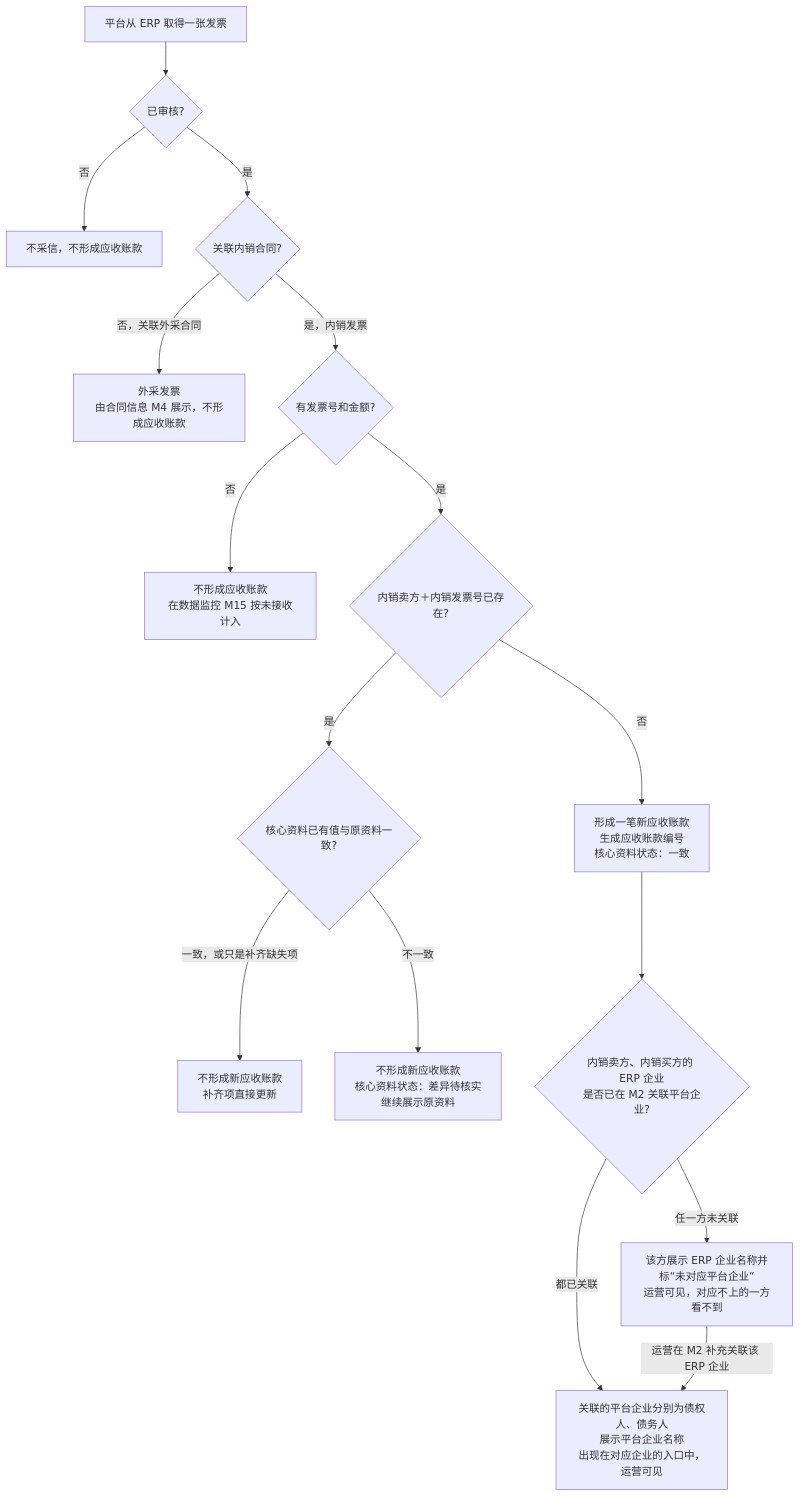
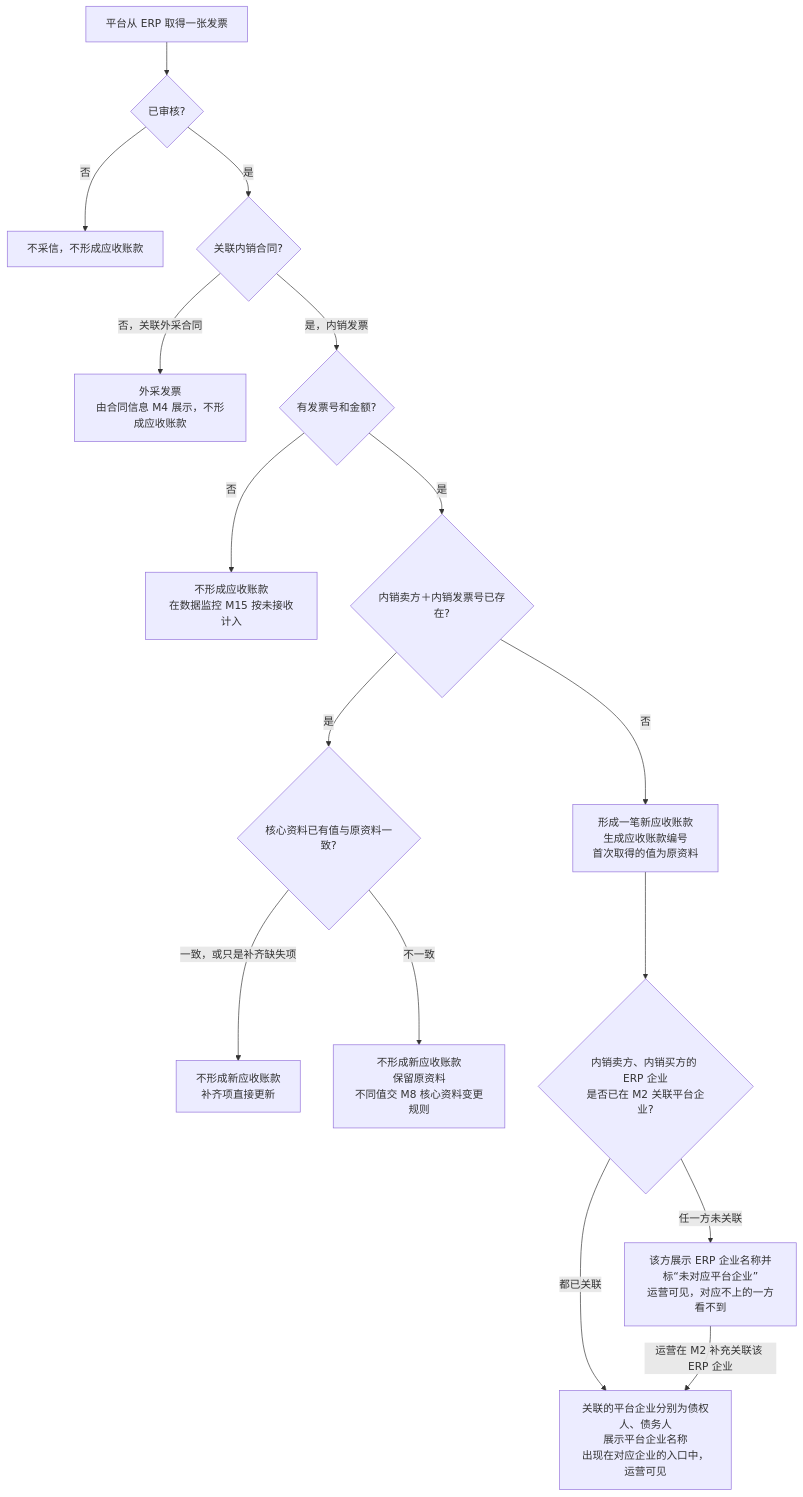
One commit to wxblockchain/Chain-Financing changed the first of 6 diagrams in asset-trust-platform/PRD/两端共用/M3-应收账款与发票/02-应收账款与发票-流程图与状态机.md. Above: the diagram before and after it, drawn with Mermaid. The commit also changed other lines of this file and 3 other files, not shown here.

````diff
--- a/asset-trust-platform/PRD/两端共用/M3-应收账款与发票/02-应收账款与发票-流程图与状态机.md
+++ b/asset-trust-platform/PRD/两端共用/M3-应收账款与发票/02-应收账款与发票-流程图与状态机.md
@@ -19,18 +19,18 @@
 ```mermaid
 flowchart TD
     A[平台从 ERP 取得一张发票] --> A1{已审核?}
     A1 -->|否| A2[不采信，不形成应收账款]
     A1 -->|是| B{关联内销合同?}
     B -->|否，关联外采合同| B1[外采发票<br/>由合同信息 M4 展示，不形成应收账款]
     B -->|是，内销发票| B2{有发票号和金额?}
     B2 -->|否| B3[不形成应收账款<br/>在数据监控 M15 按未接收计入]
     B2 -->|是| C{内销卖方＋内销发票号已存在?}
-    C -->|否| D[形成一笔新应收账款<br/>生成应收账款编号<br/>核心资料状态：一致]
+    C -->|否| D[形成一笔新应收账款<br/>生成应收账款编号<br/>首次取得的值为原资料]
     C -->|是| F{核心资料已有值与原资料一致?}
     F -->|一致，或只是补齐缺失项| G[不形成新应收账款<br/>补齐项直接更新]
-    F -->|不一致| E[不形成新应收账款<br/>核心资料状态：差异待核实<br/>继续展示原资料]
+    F -->|不一致| E[不形成新应收账款<br/>保留原资料<br/>不同值交 M8 核心资料变更规则]
     D --> H{内销卖方、内销买方的 ERP 企业<br/>是否已在 M2 关联平台企业?}
     H -->|都已关联| I[关联的平台企业分别为债权人、债务人<br/>展示平台企业名称<br/>出现在对应企业的入口中，运营可见]
     H -->|任一方未关联| J[该方展示 ERP 企业名称并标“未对应平台企业”<br/>运营可见，对应不上的一方看不到]
     J -->|运营在 M2 补充关联该 ERP 企业| I
 ```
````
